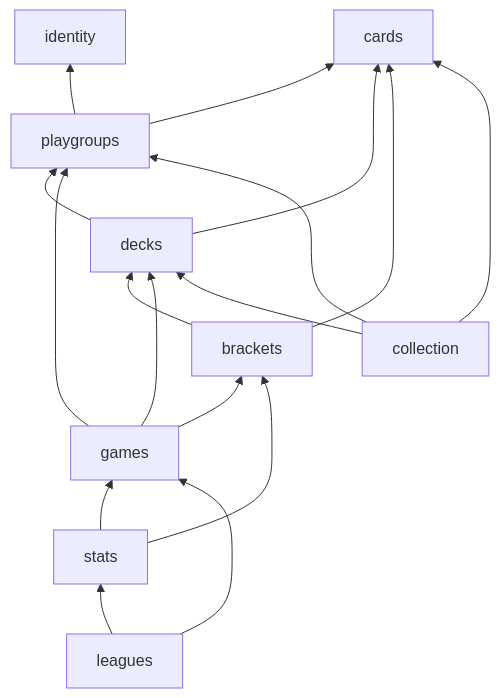
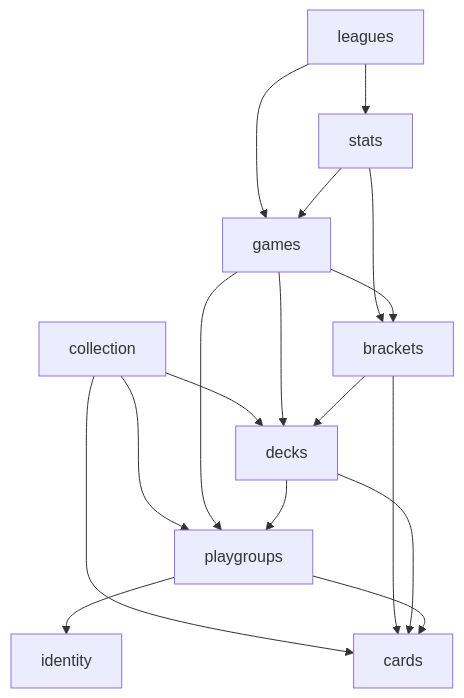
Before and after one commit to Rocket-Racoon/mtg-stats: the third of 5 diagrams in docs/architecture.md, drawn with Mermaid. The commit also changed other lines of this file and 9 other files, not shown here.

First line of the commit message:
docs: address PR #448 review (error envelope, domain graph, guardrails)

````diff
--- a/docs/architecture.md
+++ b/docs/architecture.md
@@ -99,21 +112,19 @@
 ```mermaid
-flowchart BT
-  identity
-  cards
-  playgroups --> identity
-  playgroups --> cards
-  decks --> cards
-  decks --> playgroups
-  brackets --> decks
-  brackets --> cards
-  games --> brackets
-  games --> decks
-  games --> playgroups
+flowchart TB
+  leagues --> stats
+  leagues --> games
   stats --> games
   stats --> brackets
   collection --> decks
   collection --> cards
   collection --> playgroups
-  leagues --> stats
-  leagues --> games
+  games --> brackets
+  games --> decks
+  games --> playgroups
+  brackets --> decks
+  brackets --> cards
+  decks --> playgroups
+  decks --> cards
+  playgroups --> identity
+  playgroups --> cards
 ```
````
